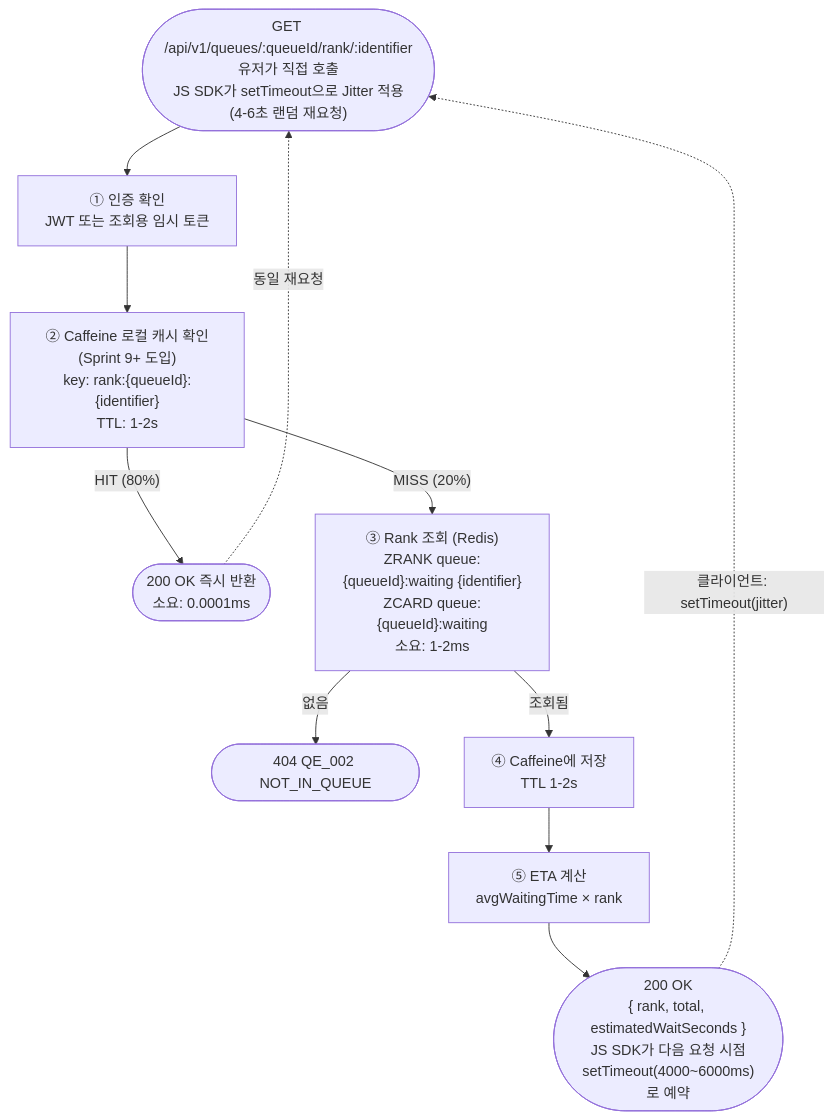
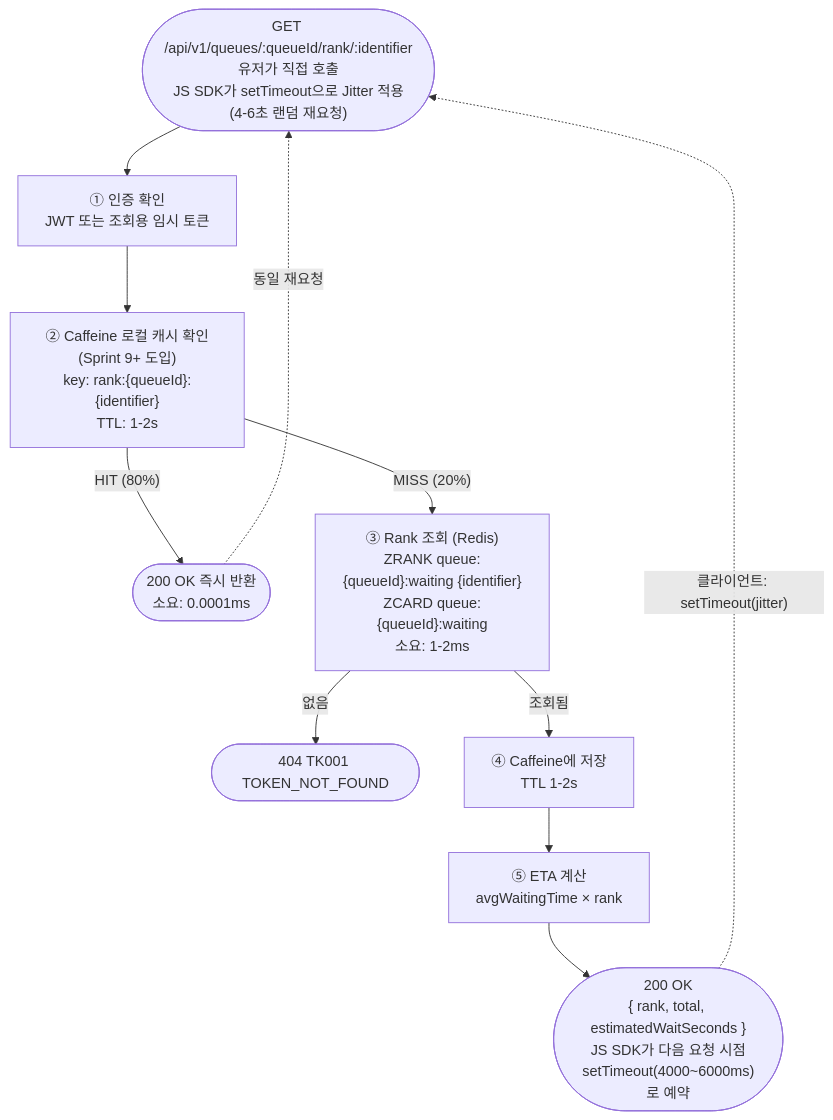
The second of 11 diagrams in doc/FLOW.md (S-Onix/queue-platform), drawn with Mermaid before and after one commit. The commit also changed other lines of this file and 7 other files, not shown here.

````diff
--- a/doc/FLOW.md
+++ b/doc/FLOW.md
@@ -113,17 +114,17 @@
 ```mermaid
 flowchart TD
     POLL(["GET /api/v1/queues/:queueId/rank/:identifier\n유저가 직접 호출\nJS SDK가 setTimeout으로 Jitter 적용\n(4-6초 랜덤 재요청)"])
     --> AUTH["① 인증 확인\nJWT 또는 조회용 임시 토큰"]
     --> CACHE["② Caffeine 로컬 캐시 확인\n(Sprint 9+ 도입)\nkey: rank:{queueId}:{identifier}\nTTL: 1-2s"]
 
     CACHE -->|"HIT (80%)"| RESPCACHE(["200 OK 즉시 반환\n소요: 0.0001ms"])
     CACHE -->|"MISS (20%)"| RANK["③ Rank 조회 (Redis)\nZRANK queue:{queueId}:waiting {identifier}\nZCARD queue:{queueId}:waiting\n소요: 1-2ms"]
 
-    RANK -->|"없음"| E404(["404 QE_002 NOT_IN_QUEUE"])
+    RANK -->|"없음"| E404(["404 TK001 TOKEN_NOT_FOUND"])
     RANK -->|"조회됨"| CACHESET["④ Caffeine에 저장\nTTL 1-2s"]
     CACHESET --> ETA["⑤ ETA 계산\navgWaitingTime × rank"]
     --> RESP(["200 OK\n{ rank, total, estimatedWaitSeconds }\nJS SDK가 다음 요청 시점\nsetTimeout(4000~6000ms)로 예약"])
 
     RESP -.->|"클라이언트: setTimeout(jitter)"| POLL
     RESPCACHE -.->|"동일 재요청"| POLL
 ```
````
